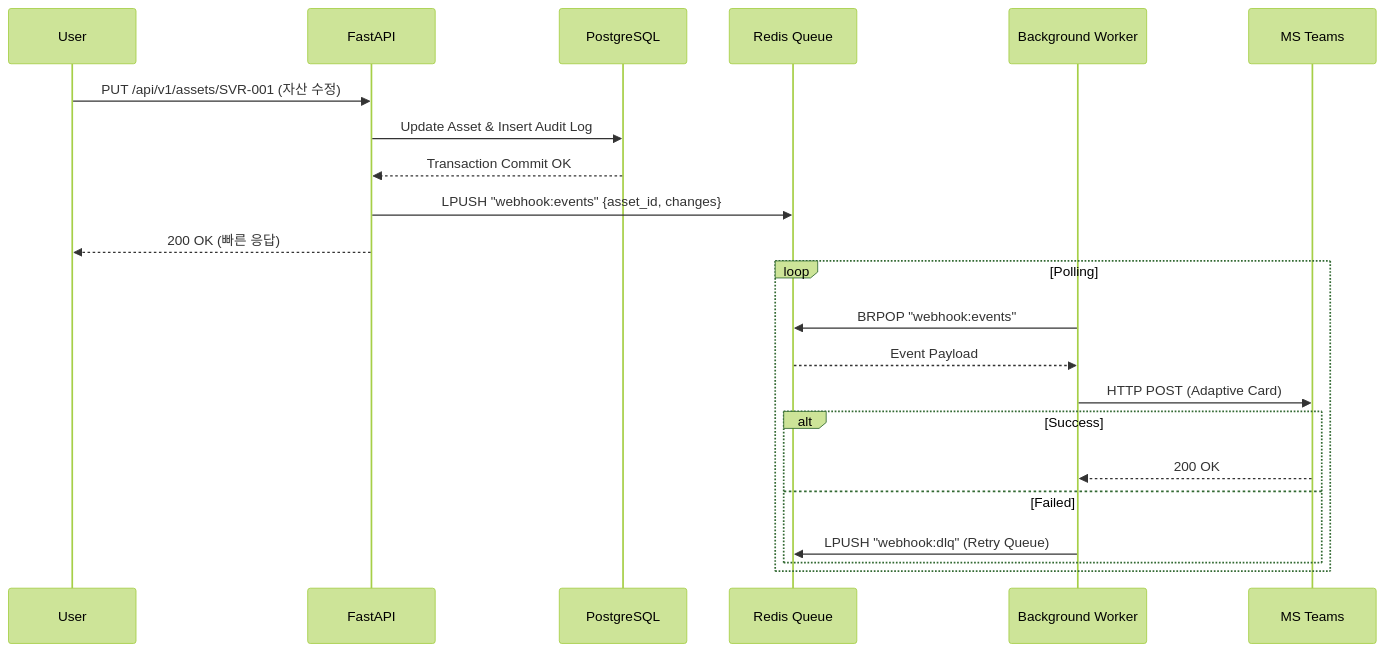
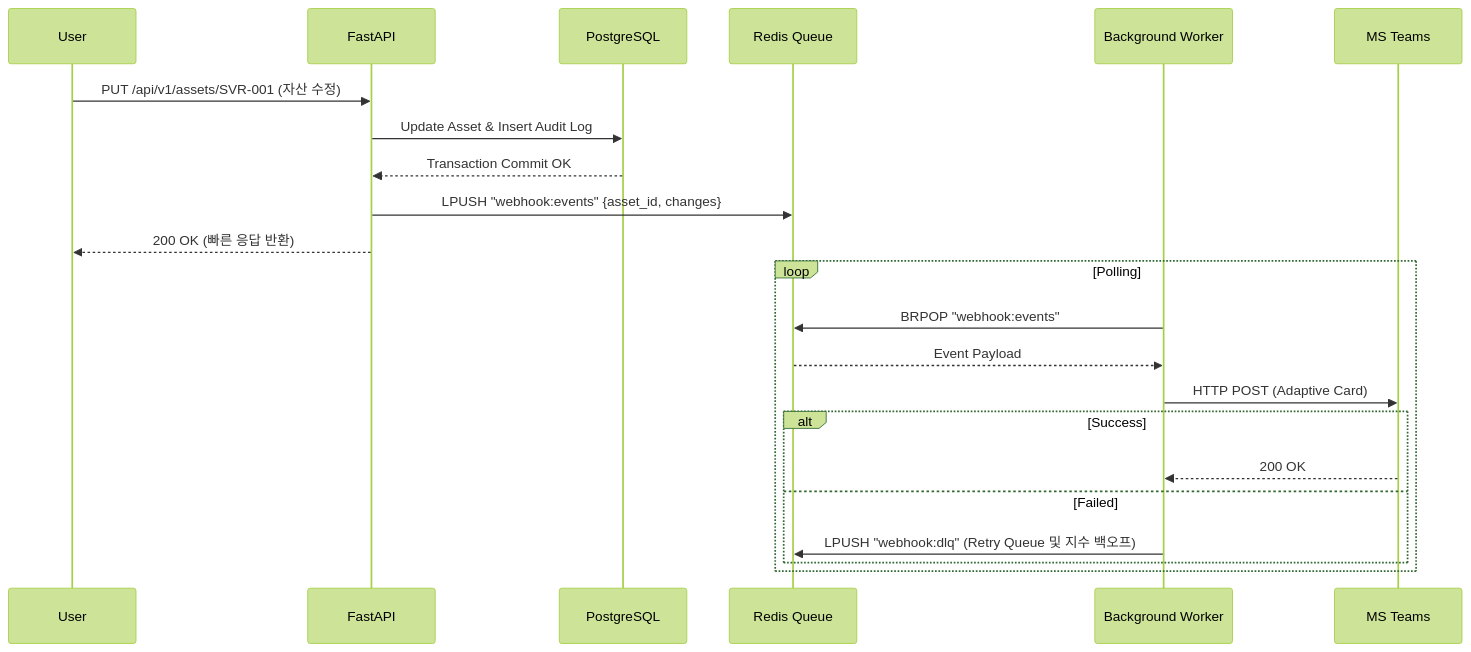
Before and after one commit to rebel-glamp/xenon_itam: the second of 2 diagrams in README.md, drawn with Mermaid (forest theme). The commit also changed other lines of this file, not shown here.

````diff
--- a/README.md
+++ b/README.md
@@ -38,26 +68,26 @@
 ```mermaid
 sequenceDiagram
     participant User
     participant API as FastAPI
     participant DB as PostgreSQL
     participant Redis as Redis Queue
     participant Worker as Background Worker
     participant Teams as MS Teams
 
     User->>API: PUT /api/v1/assets/SVR-001 (자산 수정)
     API->>DB: Update Asset & Insert Audit Log
     DB-->>API: Transaction Commit OK
     API->>Redis: LPUSH "webhook:events" {asset_id, changes}
-    API-->>User: 200 OK (빠른 응답)
+    API-->>User: 200 OK (빠른 응답 반환)
     
     loop Polling
         Worker->>Redis: BRPOP "webhook:events"
         Redis-->>Worker: Event Payload
         Worker->>Teams: HTTP POST (Adaptive Card)
         alt Success
             Teams-->>Worker: 200 OK
         else Failed
-            Worker->>Redis: LPUSH "webhook:dlq" (Retry Queue)
+            Worker->>Redis: LPUSH "webhook:dlq" (Retry Queue 및 지수 백오프)
         end
     end
 ```
````
